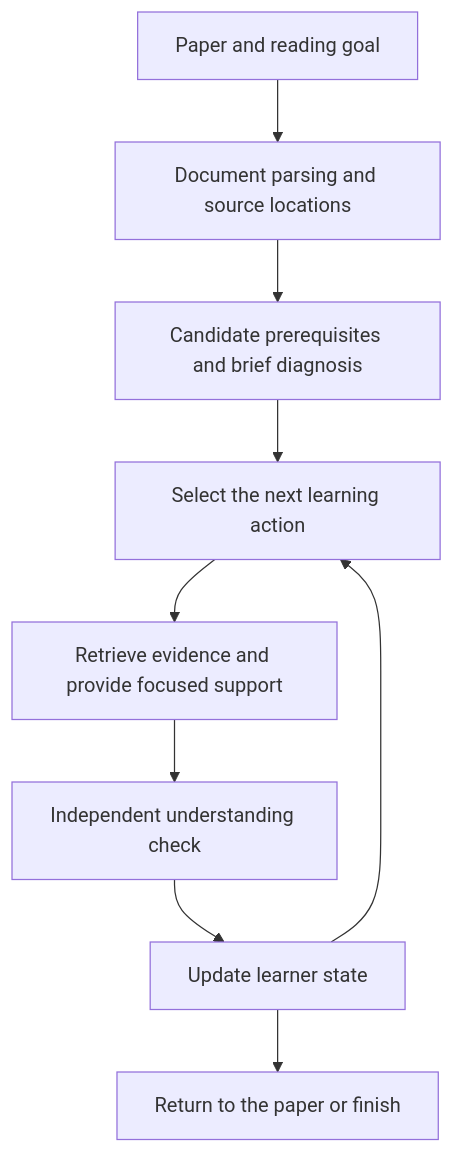
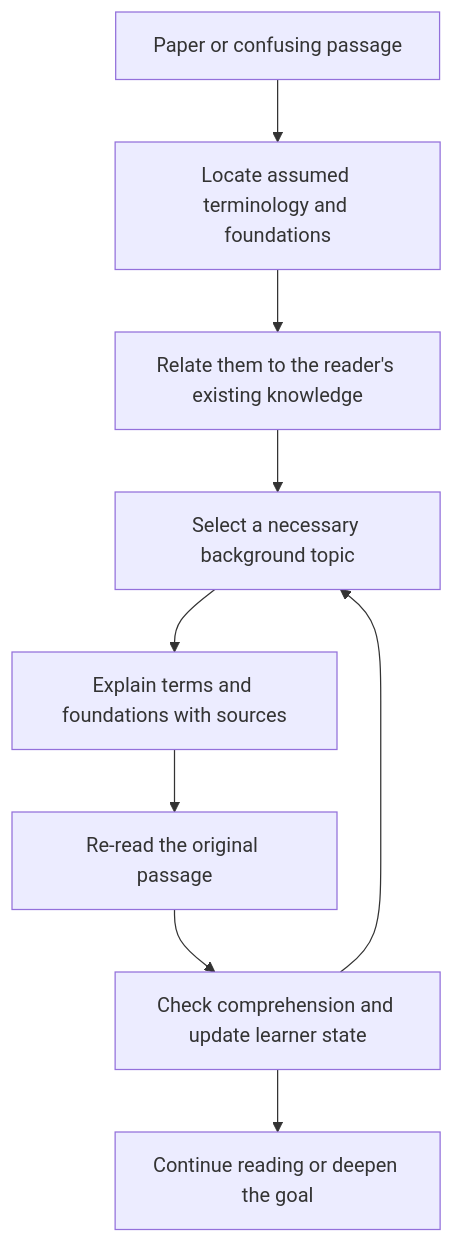
One commit to relativity143/an-agent-for-paper-reading changed the diagram in README.md. Above: the diagram before and after it, drawn with Mermaid. The commit also changed other lines of this file and 1 other file, not shown here.

Commit message:
docs: center the agent on terminology and foundational knowledge

````diff
--- a/README.md
+++ b/README.md
@@ -39,11 +52,11 @@
 ```mermaid
 flowchart TD
-    A[Paper and reading goal] --> B[Document parsing and source locations]
-    B --> C[Candidate prerequisites and brief diagnosis]
-    C --> D[Select the next learning action]
-    D --> E[Retrieve evidence and provide focused support]
-    E --> F[Independent understanding check]
-    F --> G[Update learner state]
+    A[Paper or confusing passage] --> B[Locate assumed terminology and foundations]
+    B --> C[Relate them to the reader's existing knowledge]
+    C --> D[Select a necessary background topic]
+    D --> E[Explain terms and foundations with sources]
+    E --> F[Re-read the original passage]
+    F --> G[Check comprehension and update learner state]
     G --> D
-    G --> H[Return to the paper or finish]
+    G --> H[Continue reading or deepen the goal]
 ```
````
